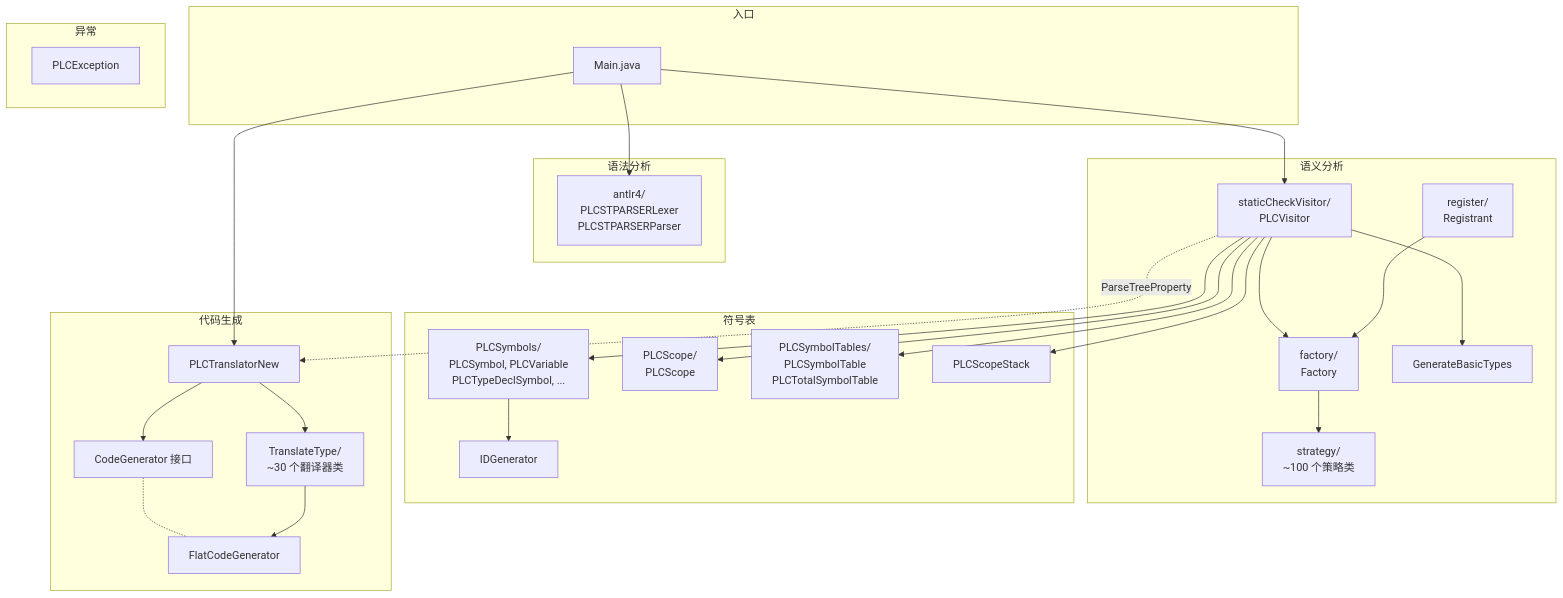
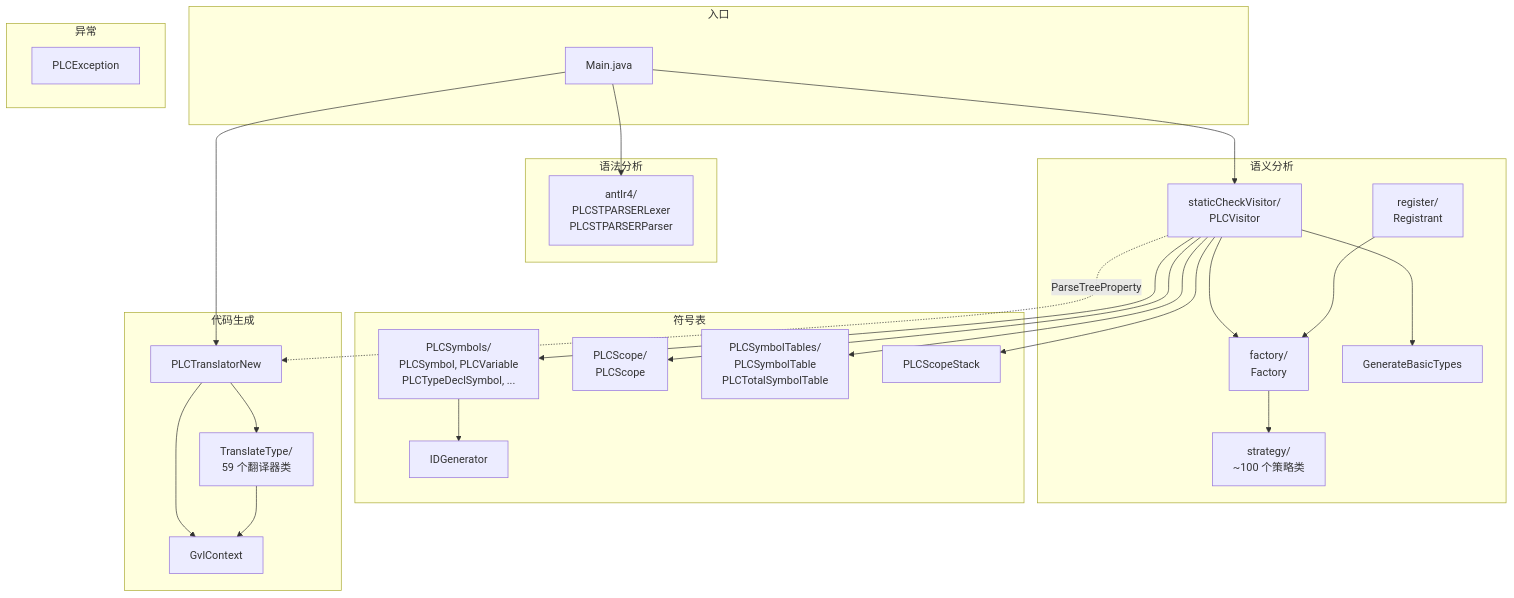
The fifth of 7 diagrams in docs/architecture.md (angleyanalbedo/ST2CPP), drawn with Mermaid before and after one commit. The commit also changed other lines of this file and 5 other files, not shown here.

````diff
--- a/docs/architecture.md
+++ b/docs/architecture.md
@@ -259,58 +252,56 @@
 ```mermaid
 graph TB
     subgraph 入口
         Main["Main.java"]
     end
 
     subgraph 语法分析
         ANTLR["antlr4/<br/>PLCSTPARSERLexer<br/>PLCSTPARSERParser"]
     end
 
     subgraph 语义分析
         PLCVisitor["staticCheckVisitor/<br/>PLCVisitor"]
         Factory["factory/<br/>Factory"]
         Registrant["register/<br/>Registrant"]
         Strategy["strategy/<br/>~100 个策略类"]
         GenBasic["GenerateBasicTypes"]
     end
 
     subgraph 符号表
         Symbol["PLCSymbols/<br/>PLCSymbol, PLCVariable<br/>PLCTypeDeclSymbol, ..."]
         Scope["PLCScope/<br/>PLCScope"]
         Table["PLCSymbolTables/<br/>PLCSymbolTable<br/>PLCTotalSymbolTable"]
         ScopeStack["PLCScopeStack"]
         IDGen["IDGenerator"]
     end
 
     subgraph 代码生成
         Translator["PLCTranslatorNew"]
-        CodeGen["CodeGenerator 接口"]
-        FlatCode["FlatCodeGenerator"]
-        Translate["TranslateType/<br/>~30 个翻译器类"]
+        GvlCtx["GvlContext"]
+        Translate["TranslateType/<br/>59 个翻译器类"]
     end
 
     subgraph 异常
         Exception["PLCException"]
     end
 
     Main --> ANTLR
     Main --> PLCVisitor
     Main --> Translator
 
     PLCVisitor --> Factory
     Factory --> Strategy
     Registrant --> Factory
     PLCVisitor --> Symbol
     PLCVisitor --> Scope
     PLCVisitor --> Table
     PLCVisitor --> ScopeStack
     PLCVisitor --> GenBasic
     Symbol --> IDGen
 
-    Translator --> CodeGen
-    CodeGen -.- FlatCode
+    Translator --> GvlCtx
     Translator --> Translate
-    Translate --> FlatCode
+    Translate --> GvlCtx
 
     PLCVisitor -.-> |"ParseTreeProperty"| Translator
 ```
````
